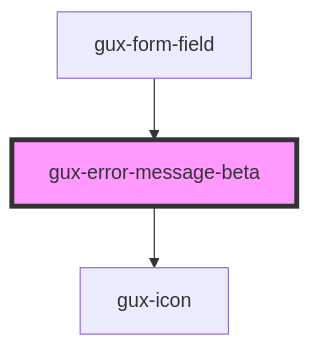
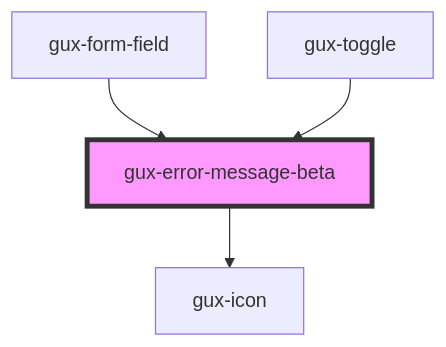
The diagram in src/components/beta/gux-error-message-beta/readme.md (MyPureCloud/genesys-spark), drawn with Mermaid before and after one commit. The commit also changed other lines of this file and 19 other files, not shown here.

First line of the commit message:
feat(toggle): added error and loading states

````diff
--- a/src/components/beta/gux-error-message-beta/readme.md
+++ b/src/components/beta/gux-error-message-beta/readme.md
@@ -26,6 +27,7 @@
 ```mermaid
 graph TD;
   gux-error-message-beta --> gux-icon
   gux-form-field --> gux-error-message-beta
+  gux-toggle --> gux-error-message-beta
   style gux-error-message-beta fill:#f9f,stroke:#333,stroke-width:4px
 ```
````
